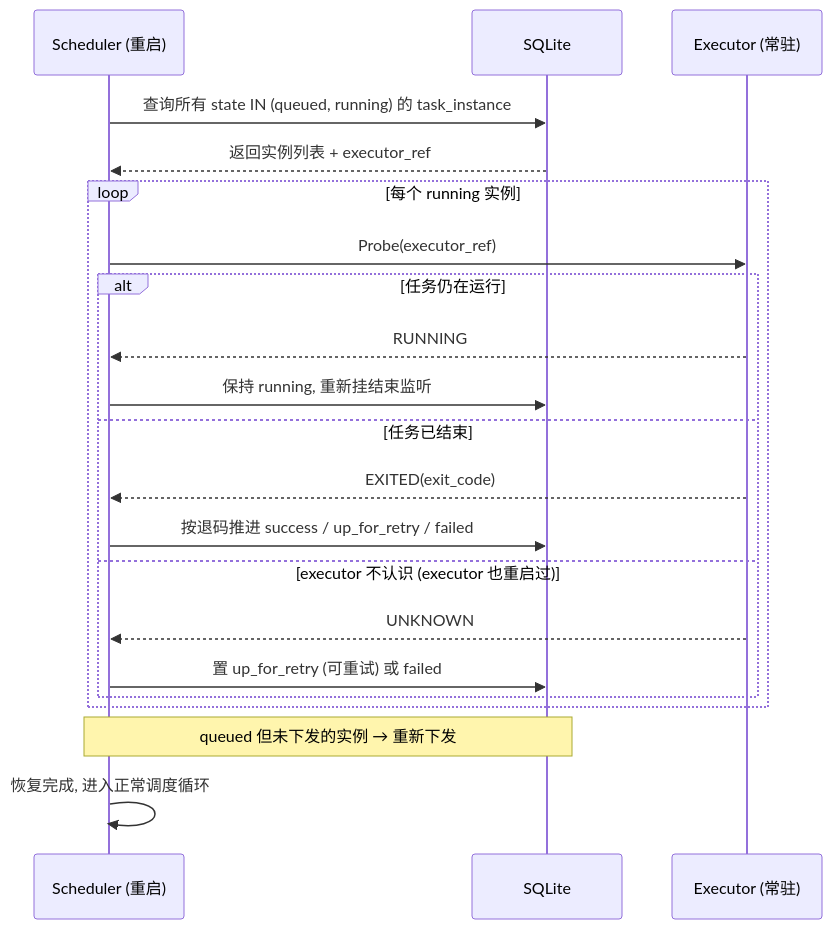
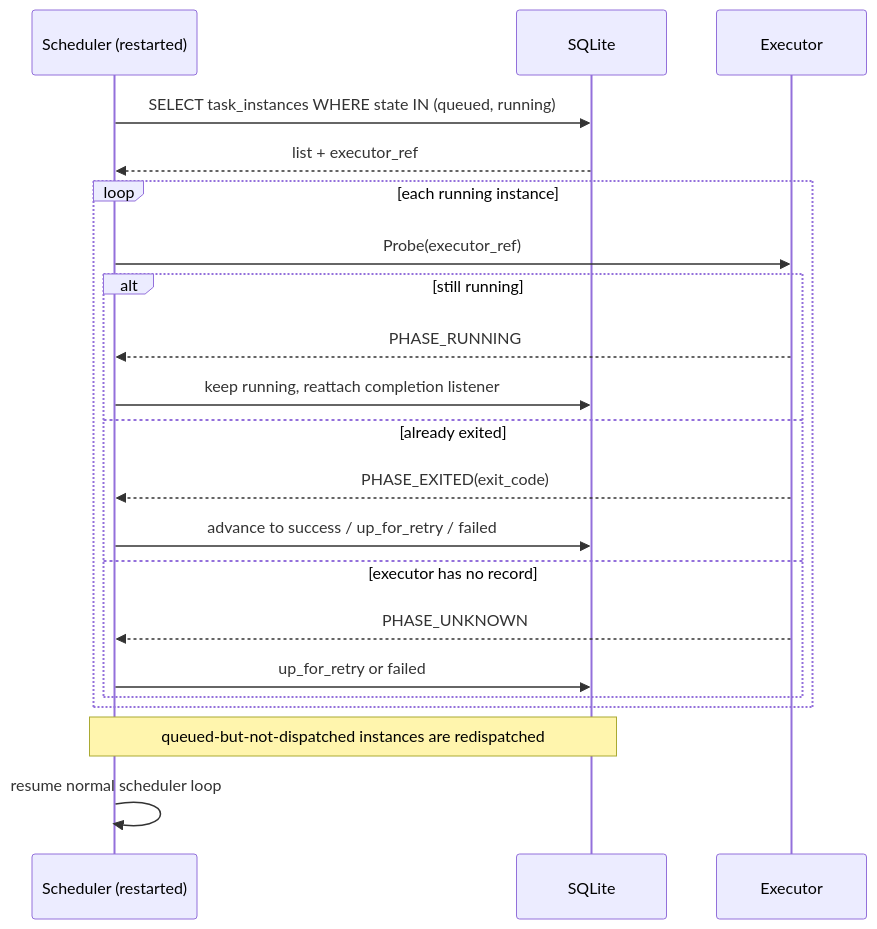
The sixth of 10 diagrams in docs/ARCHITECTURE.md (ako74programmer/poc-cronova-windows), drawn with Mermaid before and after one commit. The commit also changed other lines of this file and 10 other files, not shown here.

Commit message:
docs: rewrite ARCHITECTURE in English + Polish, sync embedded docs, add to KB and nav, remove Chinese UI refs

````diff
--- a/docs/ARCHITECTURE.md
+++ b/docs/ARCHITECTURE.md
@@ -451,26 +416,26 @@
 ```mermaid
 sequenceDiagram
-    participant S as Scheduler (重启)
+    participant S as Scheduler (restarted)
     participant DB as SQLite
-    participant E as Executor (常驻)
+    participant E as Executor
 
-    S->>DB: 查询所有 state IN (queued, running) 的 task_instance
-    DB-->>S: 返回实例列表 + executor_ref
+    S->>DB: SELECT task_instances WHERE state IN (queued, running)
+    DB-->>S: list + executor_ref
 
-    loop 每个 running 实例
+    loop each running instance
         S->>E: Probe(executor_ref)
-        alt 任务仍在运行
-            E-->>S: RUNNING
-            S->>DB: 保持 running, 重新挂结束监听
-        else 任务已结束
-            E-->>S: EXITED(exit_code)
-            S->>DB: 按退码推进 success / up_for_retry / failed
-        else executor 不认识 (executor 也重启过)
-            E-->>S: UNKNOWN
-            S->>DB: 置 up_for_retry (可重试) 或 failed
+        alt still running
+            E-->>S: PHASE_RUNNING
+            S->>DB: keep running, reattach completion listener
+        else already exited
+            E-->>S: PHASE_EXITED(exit_code)
+            S->>DB: advance to success / up_for_retry / failed
+        else executor has no record
+            E-->>S: PHASE_UNKNOWN
+            S->>DB: up_for_retry or failed
         end
     end
 
-    Note over S,DB: queued 但未下发的实例 → 重新下发
-    S->>S: 恢复完成, 进入正常调度循环
+    Note over S,DB: queued-but-not-dispatched instances are redispatched
+    S->>S: resume normal scheduler loop
 ```
````
